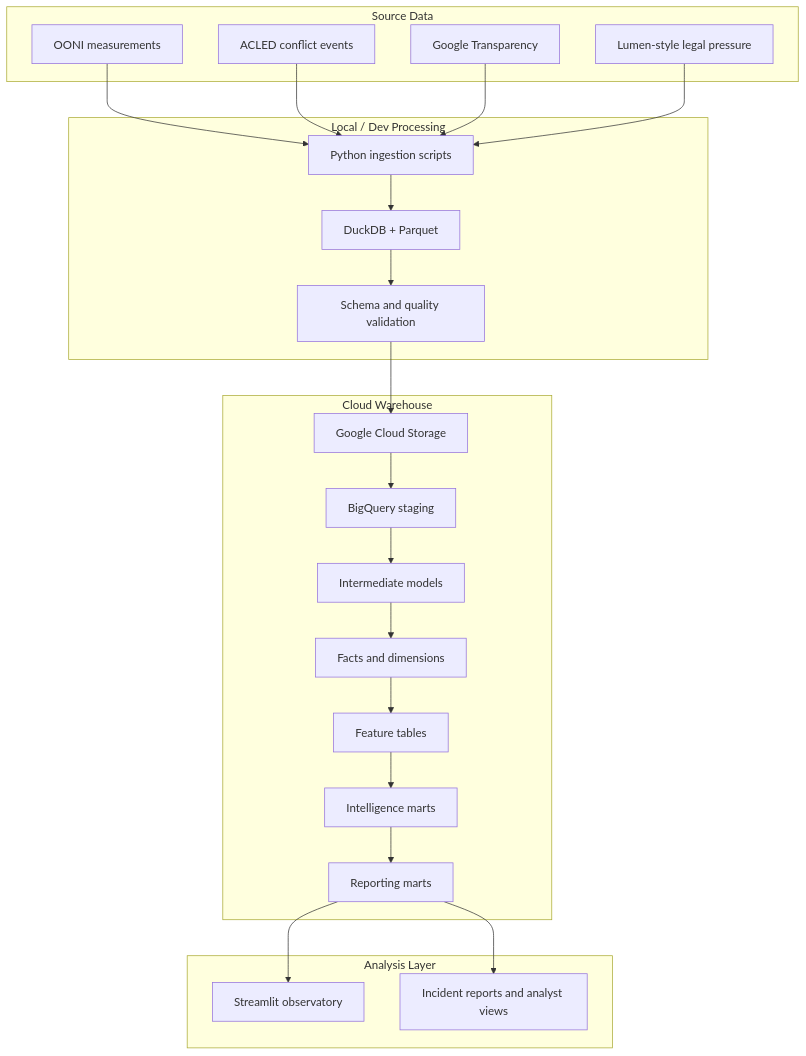
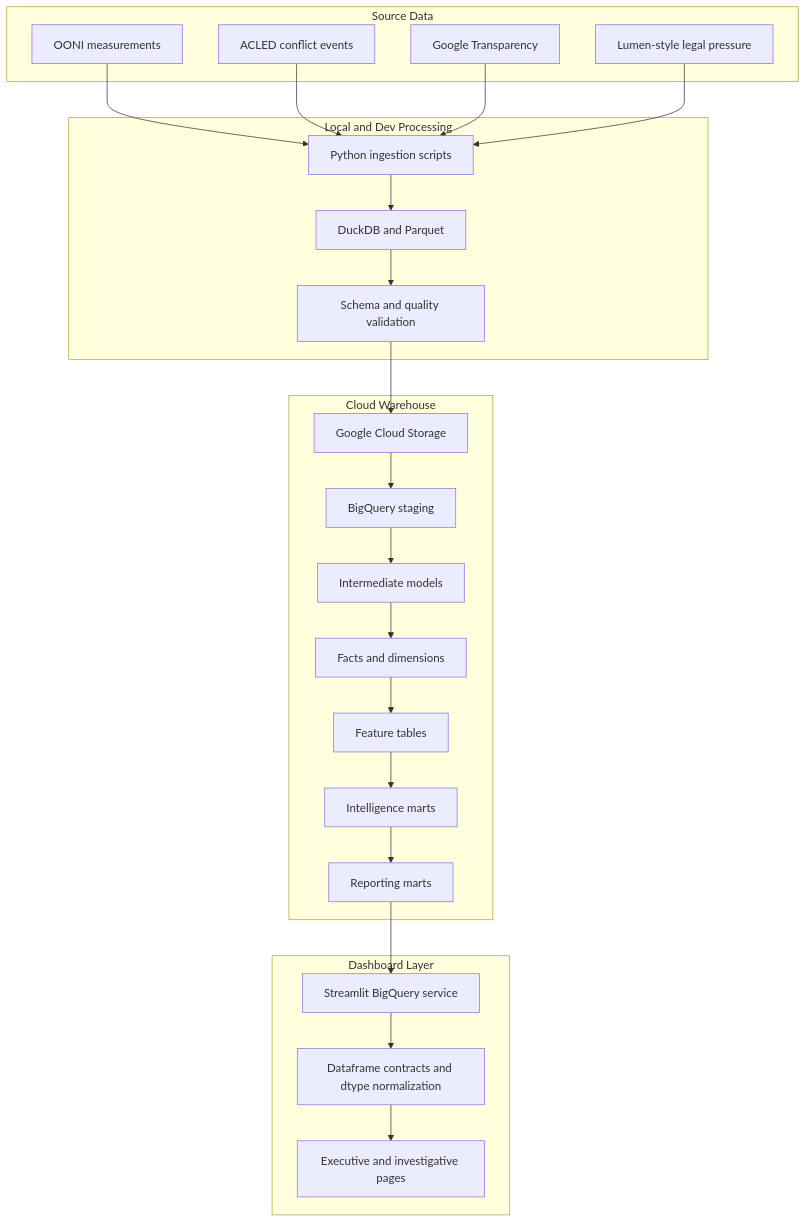
One commit to Sanjomwa/Civil-Liberties-Intelligence-Observatory changed the diagram in README.md. Above: the diagram before and after it, drawn with Mermaid. The commit also changed other lines of this file and 4 other files, not shown here.

Commit message:
streamline contracts and schema in pages and documents all additions in readme

````diff
--- a/README.md
+++ b/README.md
@@ -245,46 +313,48 @@
 ```mermaid
 flowchart TB
     subgraph Sources["Source Data"]
         OONI["OONI measurements"]
         ACLED["ACLED conflict events"]
         Google["Google Transparency"]
         Lumen["Lumen-style legal pressure"]
     end
 
-    subgraph Local["Local / Dev Processing"]
+    subgraph Local["Local and Dev Processing"]
         Python["Python ingestion scripts"]
-        DuckDB["DuckDB + Parquet"]
+        DuckDB["DuckDB and Parquet"]
         Validation["Schema and quality validation"]
     end
 
     subgraph Cloud["Cloud Warehouse"]
         GCS["Google Cloud Storage"]
         Staging["BigQuery staging"]
         Intermediate["Intermediate models"]
         Marts["Facts and dimensions"]
         Features["Feature tables"]
         Intelligence["Intelligence marts"]
         Reporting["Reporting marts"]
     end
 
-    subgraph Product["Analysis Layer"]
-        Streamlit["Streamlit observatory"]
-        Reports["Incident reports and analyst views"]
+    subgraph App["Dashboard Layer"]
+        BQService["Streamlit BigQuery service"]
+        Contracts["Dataframe contracts and dtype normalization"]
+        Pages["Executive and investigative pages"]
     end
 
     OONI --> Python
     ACLED --> Python
     Google --> Python
     Lumen --> Python
     Python --> DuckDB
     DuckDB --> Validation
     Validation --> GCS
     GCS --> Staging
     Staging --> Intermediate
     Intermediate --> Marts
     Marts --> Features
     Features --> Intelligence
     Intelligence --> Reporting
-    Reporting --> Streamlit
-    Reporting --> Reports
+    Reporting --> BQService
+    BQService --> Contracts
+    Contracts --> Pages
 ```
````
